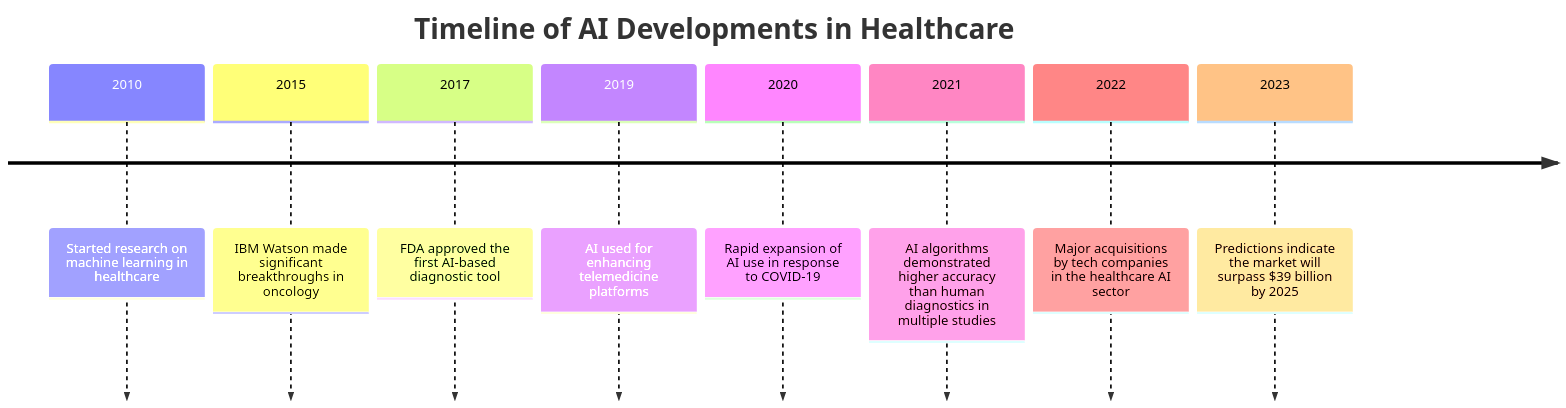
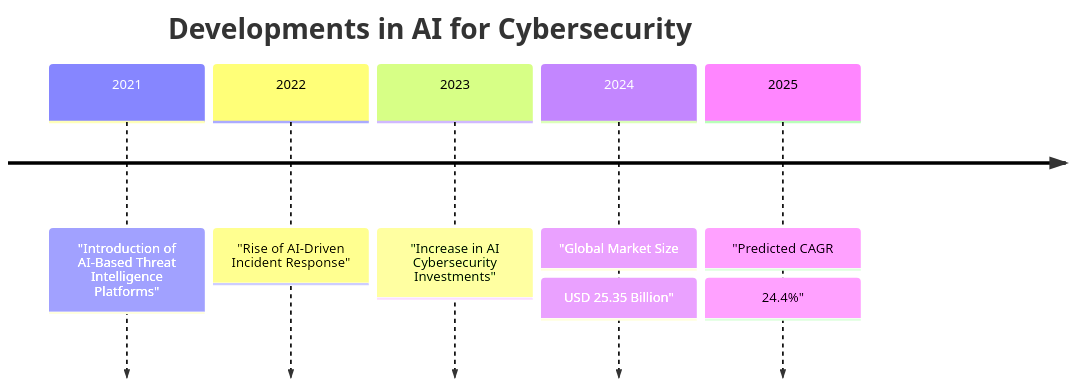
Before and after one commit to jainsamyak15/Research-Agent: the third of 4 diagrams in research_report_20250311.md, drawn with Mermaid. The commit also changed other lines of this file and 4 other files, not shown here.

````diff
--- a/research_report_20250311.md
+++ b/research_report_20250311.md
@@ -62,12 +76,9 @@
 ```mermaid
 timeline
-    title Timeline of AI Developments in Healthcare
-    2010: Started research on machine learning in healthcare
-    2015: IBM Watson made significant breakthroughs in oncology
-    2017: FDA approved the first AI-based diagnostic tool
-    2019: AI used for enhancing telemedicine platforms
-    2020: Rapid expansion of AI use in response to COVID-19
-    2021: AI algorithms demonstrated higher accuracy than human diagnostics in multiple studies
-    2022: Major acquisitions by tech companies in the healthcare AI sector
-    2023: Predictions indicate the market will surpass $39 billion by 2025
+    title Developments in AI for Cybersecurity
+    2021: "Introduction of AI-Based Threat Intelligence Platforms"
+    2022: "Rise of AI-Driven Incident Response"
+    2023: "Increase in AI Cybersecurity Investments"
+    2024: "Global Market Size: USD 25.35 Billion"
+    2025: "Predicted CAGR: 24.4%"
 ```
````
